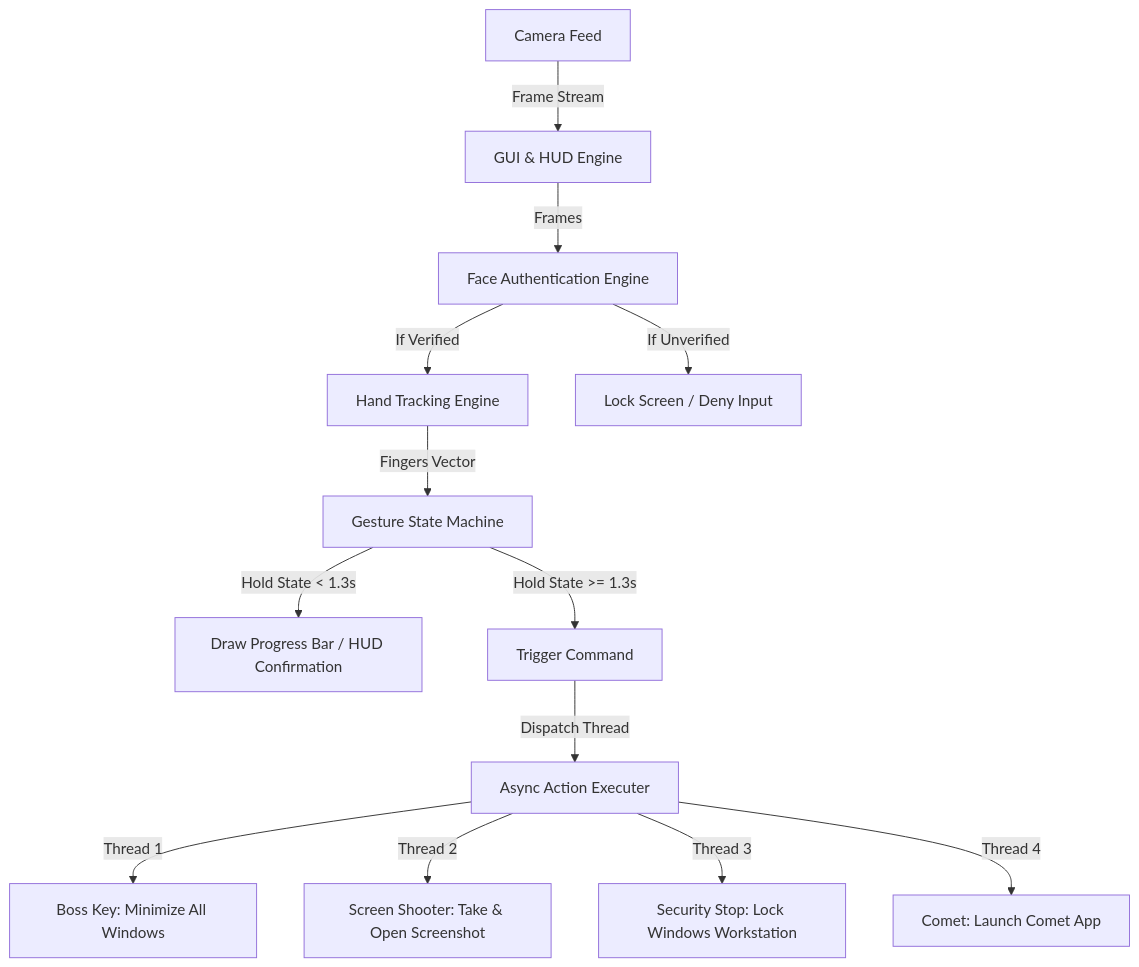
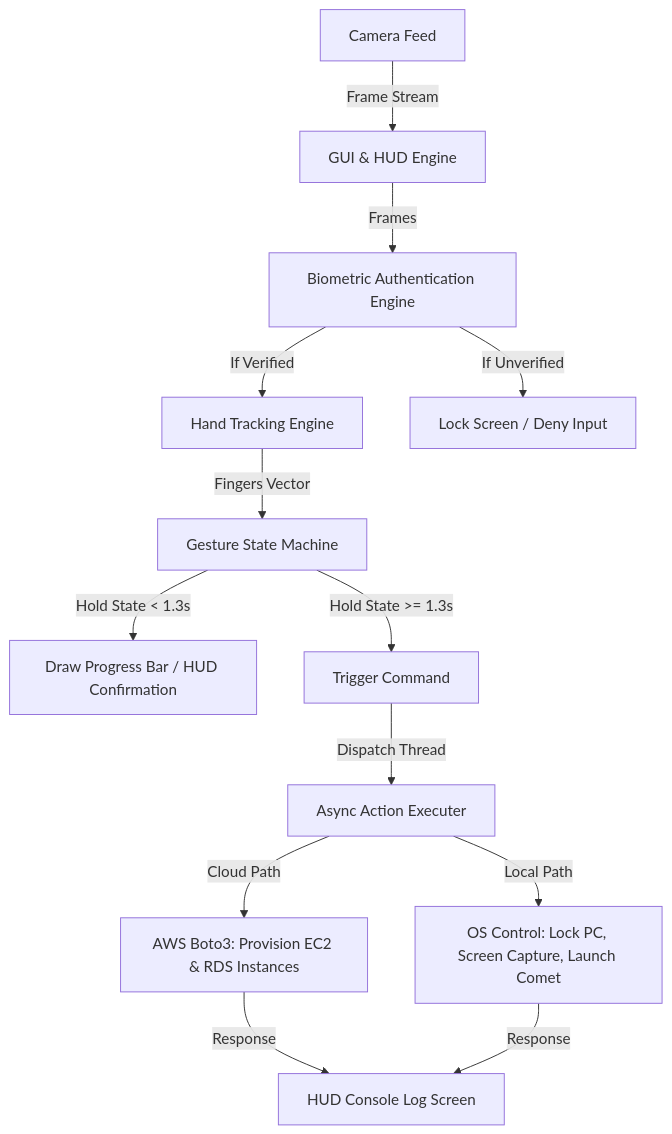
Before and after one commit to KrishnaGupta-coder/ZeroTouchSec: the diagram in README.md, drawn with Mermaid. The commit also changed other lines of this file, not shown here.

Commit message:
Docs: Upgrade README.md to emphasize enterprise cloud orchestration and surveillance control capabilities

````diff
--- a/README.md
+++ b/README.md
@@ -42,17 +72,18 @@
 ```mermaid
 graph TD
     A[Camera Feed] -->|Frame Stream| B[GUI & HUD Engine]
-    B -->|Frames| C[Face Authentication Engine]
+    B -->|Frames| C[Biometric Authentication Engine]
     C -->|If Verified| D[Hand Tracking Engine]
     C -->|If Unverified| E[Lock Screen / Deny Input]
     
     D -->|Fingers Vector| F[Gesture State Machine]
     F -->|Hold State < 1.3s| G[Draw Progress Bar / HUD Confirmation]
     F -->|Hold State >= 1.3s| H[Trigger Command]
     
     H -->|Dispatch Thread| I[Async Action Executer]
-    I -->|Thread 1| J[Boss Key: Minimize All Windows]
-    I -->|Thread 2| K[Screen Shooter: Take & Open Screenshot]
-    I -->|Thread 3| L[Security Stop: Lock Windows Workstation]
-    I -->|Thread 4| M[Comet: Launch Comet App]
+    I -->|Cloud Path| J[AWS Boto3: Provision EC2 & RDS Instances]
+    I -->|Local Path| K[OS Control: Lock PC, Screen Capture, Launch Comet]
+    
+    J -->|Response| L[HUD Console Log Screen]
+    K -->|Response| L
 ```
````
